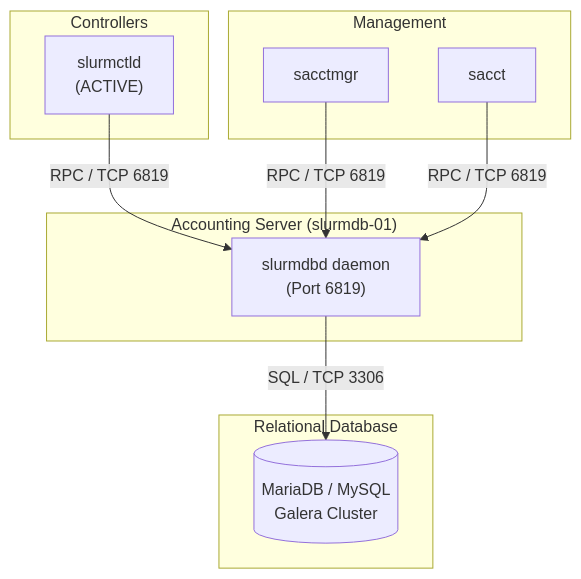
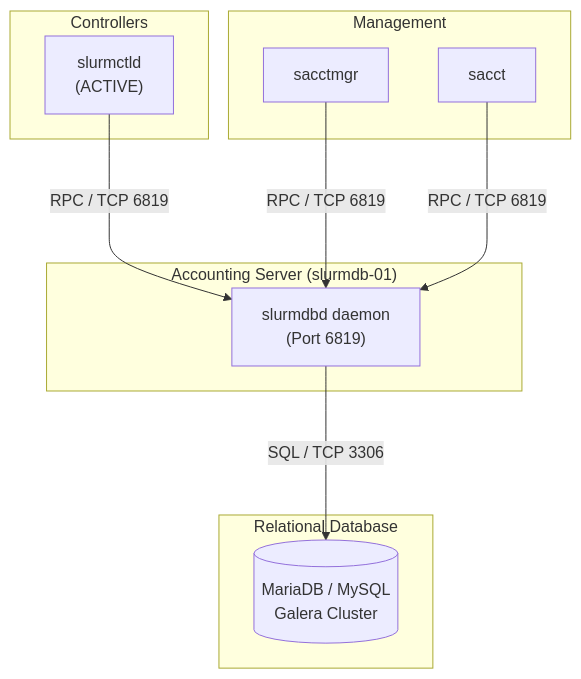
One commit to jithinpnjm/nvidia-devops changed the third of 4 diagrams in docs/volume-10/06-slurm-administration-ha-accounting-and-upgrades.md. Above: the diagram before and after it, drawn with Mermaid. The commit also changed other lines of this file and 110 other files, not shown here.

Commit message:
docs(volume-1-10): complete second-pass refinement of formatting, visual diagrams, and code snippets

````diff
--- a/docs/volume-10/06-slurm-administration-ha-accounting-and-upgrades.md
+++ b/docs/volume-10/06-slurm-administration-ha-accounting-and-upgrades.md
@@ -336,27 +336,27 @@
 ```mermaid
 flowchart TD
     subgraph DatabaseLayer["Relational Database"]
         MySQL[(MariaDB / MySQL
         Galera Cluster)]
     end
     
     subgraph DBD["Accounting Server (slurmdb-01)"]
         Slurmdbd["slurmdbd daemon
         (Port 6819)"]
     end
     
     subgraph CTLLayer["Controllers"]
         Slurmctld["slurmctld
         (ACTIVE)"]
     end
     
     subgraph CLI["Management"]
         Sacctmgr["sacctmgr"]
         Sacct["sacct"]
     end
 
-    Slurmdbd -- SQL / TCP 3306 --> MySQL
-    Slurmctld -- RPC / TCP 6819 --> Slurmdbd
-    Sacctmgr -- RPC / TCP 6819 --> Slurmdbd
-    Sacct -- RPC / TCP 6819 --> Slurmdbd
+    Slurmdbd -- "SQL / TCP 3306" ---> MySQL
+    Slurmctld -- "RPC / TCP 6819" ---> Slurmdbd
+    Sacctmgr -- "RPC / TCP 6819" ---> Slurmdbd
+    Sacct -- "RPC / TCP 6819" ---> Slurmdbd
 ```
````
